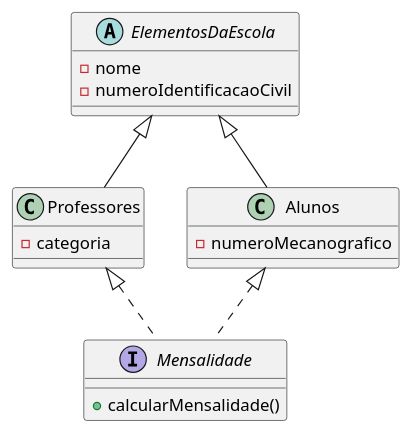
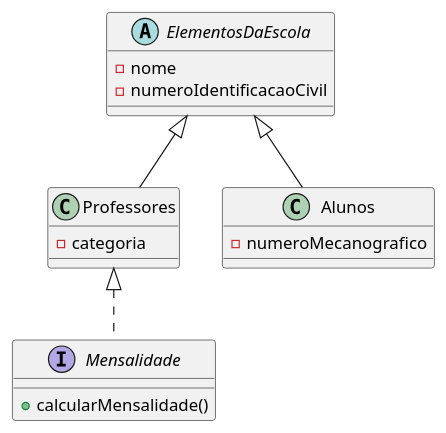
The diagram in src/main/resources/DiagramaDeClasseUML.puml (teixeiranh/PPROG-PL4B), drawn with PlantUML before and after one commit. The commit also changed 4 other files, not shown here.

```diff
--- a/src/main/resources/DiagramaDeClasseUML.puml
+++ b/src/main/resources/DiagramaDeClasseUML.puml
@@ -1,25 +1,25 @@
 @startuml
 'https://plantuml.com/class-diagram
 
 abstract class ElementosDaEscola{
 -nome
 -numeroIdentificacaoCivil
 }
 
 class Professores{
 -categoria
 }
 class Alunos{
 -numeroMecanografico
 }
 interface Mensalidade{
 +calcularMensalidade()
 }
 
 ElementosDaEscola <|-- Professores
 ElementosDaEscola <|-- Alunos
 
 Professores <|.. Mensalidade
-Alunos <|.. Mensalidade
+'Alunos <|.. Mensalidade
 
 @enduml
```
